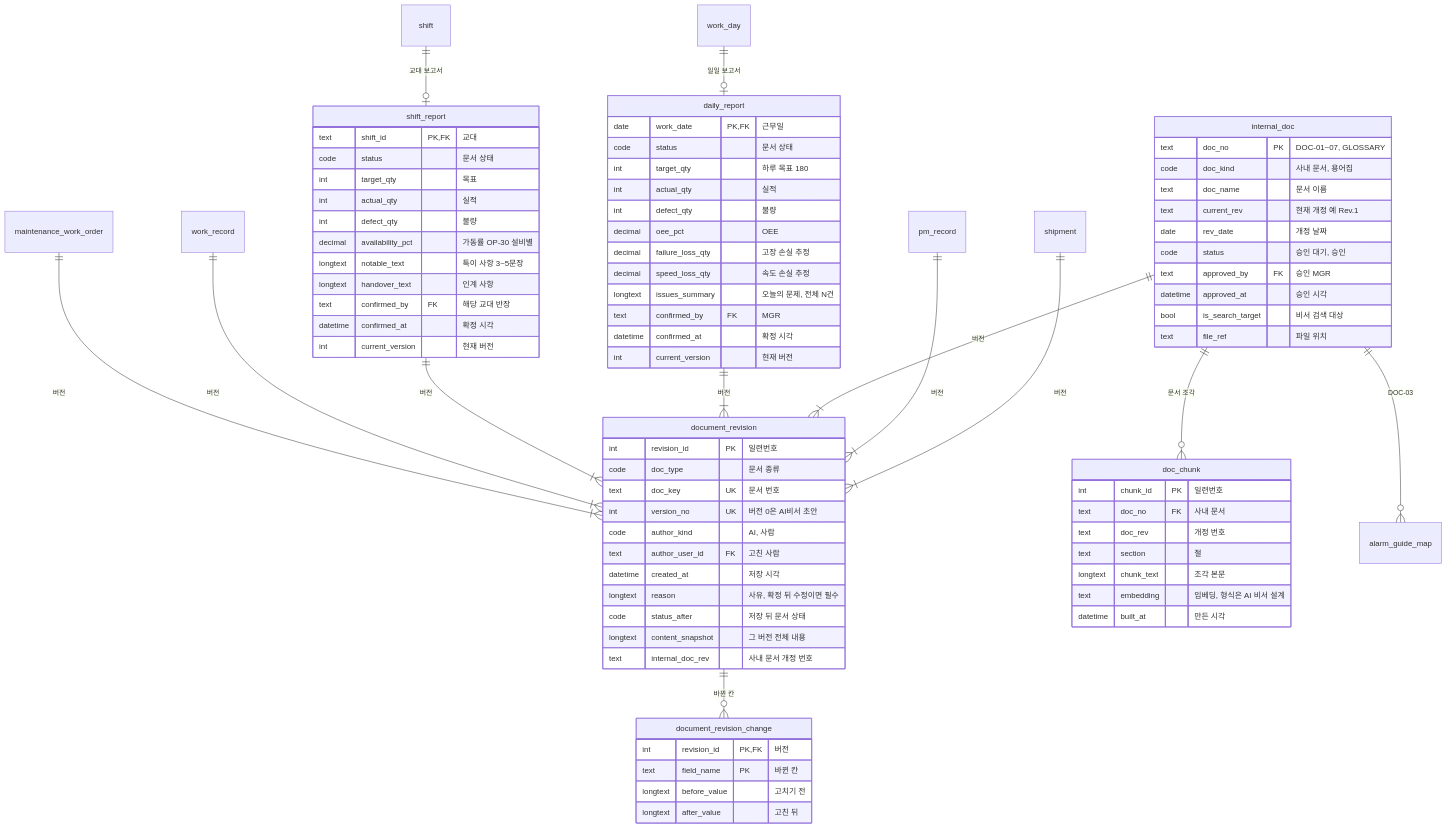
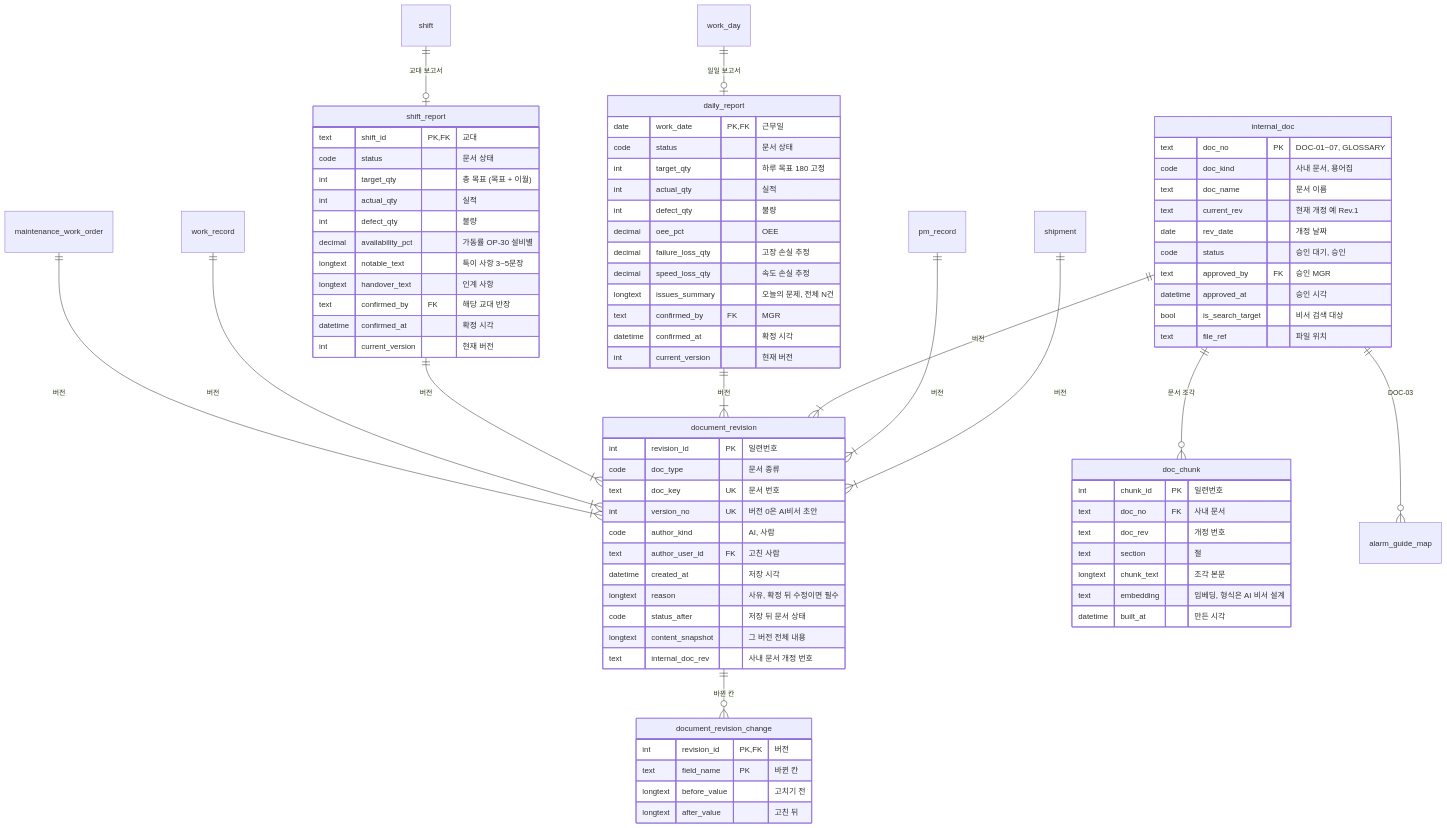
One commit to Ion-Mill/VF-2 changed the eighth of 9 diagrams in 11_automotive/논리ERD_최종본.md. Above: the diagram before and after it, drawn with Mermaid. The commit also changed other lines of this file and 13 other files, not shown here.

````diff
--- a/11_automotive/논리ERD_최종본.md
+++ b/11_automotive/논리ERD_최종본.md
@@ -967,82 +968,82 @@
 ```mermaid
 erDiagram
     shift_report {
         text shift_id PK, FK "교대"
         code status "문서 상태"
-        int target_qty "목표"
+        int target_qty "총 목표 (목표 + 이월)"
         int actual_qty "실적"
         int defect_qty "불량"
         decimal availability_pct "가동률 OP-30 설비별"
         longtext notable_text "특이 사항 3~5문장"
         longtext handover_text "인계 사항"
         text confirmed_by FK "해당 교대 반장"
         datetime confirmed_at "확정 시각"
         int current_version "현재 버전"
     }
     daily_report {
         date work_date PK, FK "근무일"
         code status "문서 상태"
-        int target_qty "하루 목표 180"
+        int target_qty "하루 목표 180 고정"
         int actual_qty "실적"
         int defect_qty "불량"
         decimal oee_pct "OEE"
         decimal failure_loss_qty "고장 손실 추정"
         decimal speed_loss_qty "속도 손실 추정"
         longtext issues_summary "오늘의 문제, 전체 N건"
         text confirmed_by FK "MGR"
         datetime confirmed_at "확정 시각"
         int current_version "현재 버전"
     }
     document_revision {
         int revision_id PK "일련번호"
         code doc_type "문서 종류"
         text doc_key UK "문서 번호"
         int version_no UK "버전 0은 AI비서 초안"
         code author_kind "AI, 사람"
         text author_user_id FK "고친 사람"
         datetime created_at "저장 시각"
         longtext reason "사유, 확정 뒤 수정이면 필수"
         code status_after "저장 뒤 문서 상태"
         longtext content_snapshot "그 버전 전체 내용"
         text internal_doc_rev "사내 문서 개정 번호"
     }
     document_revision_change {
         int revision_id PK, FK "버전"
         text field_name PK "바뀐 칸"
         longtext before_value "고치기 전"
         longtext after_value "고친 뒤"
     }
     internal_doc {
         text doc_no PK "DOC-01~07, GLOSSARY"
         code doc_kind "사내 문서, 용어집"
         text doc_name "문서 이름"
         text current_rev "현재 개정 예 Rev.1"
         date rev_date "개정 날짜"
         code status "승인 대기, 승인"
         text approved_by FK "승인 MGR"
         datetime approved_at "승인 시각"
         bool is_search_target "비서 검색 대상"
         text file_ref "파일 위치"
     }
     doc_chunk {
         int chunk_id PK "일련번호"
         text doc_no FK "사내 문서"
         text doc_rev "개정 번호"
         text section "절"
         longtext chunk_text "조각 본문"
         text embedding "임베딩, 형식은 AI 비서 설계"
         datetime built_at "만든 시각"
     }
     shift ||--o| shift_report : "교대 보고서"
     work_day ||--o| daily_report : "일일 보고서"
     maintenance_work_order ||--|{ document_revision : "버전"
     work_record ||--|{ document_revision : "버전"
     shift_report ||--|{ document_revision : "버전"
     daily_report ||--|{ document_revision : "버전"
     internal_doc ||--|{ document_revision : "버전"
     pm_record ||--|{ document_revision : "버전"
     document_revision ||--o{ document_revision_change : "바뀐 칸"
     internal_doc ||--o{ doc_chunk : "문서 조각"
     internal_doc ||--o{ alarm_guide_map : "DOC-03"
     shipment ||--|{ document_revision : "버전"
 ```
````
